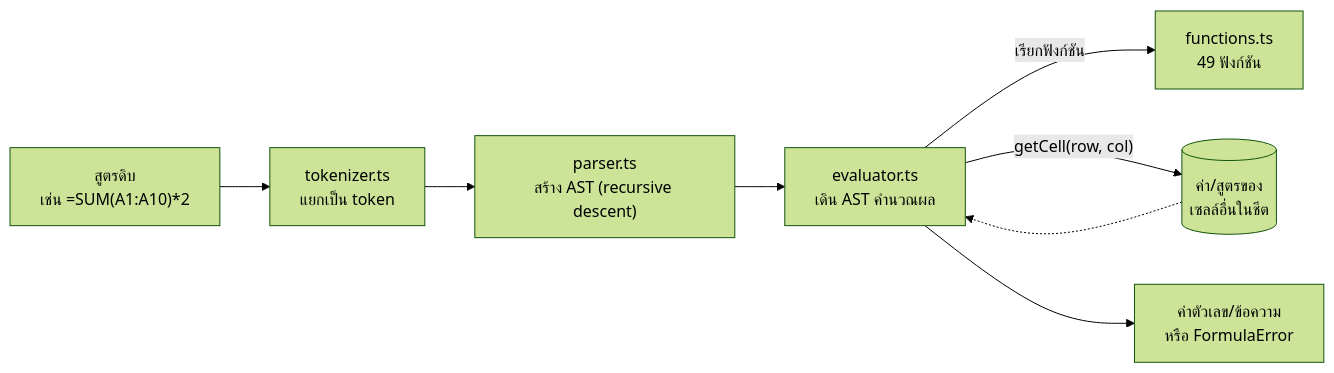
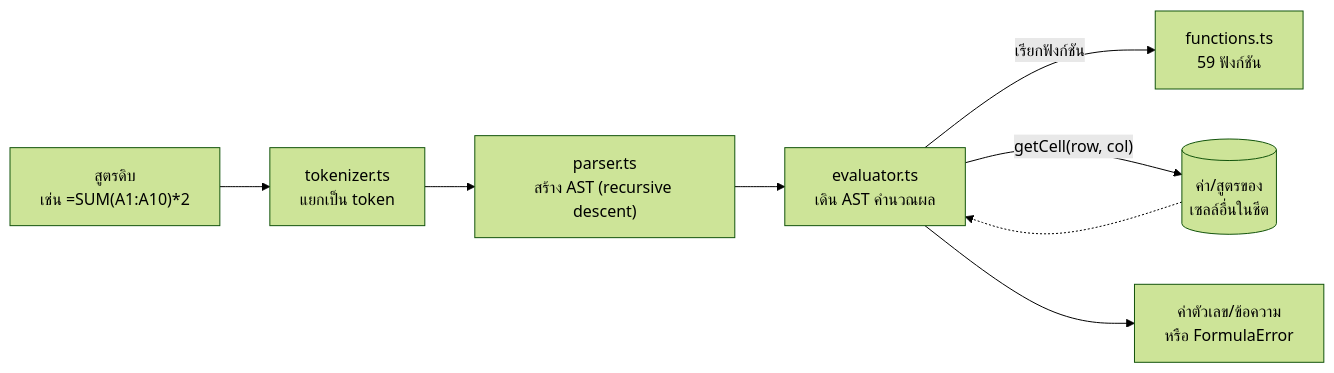
The third of 4 diagrams in README.md (SuruchBoss/ExcelToGo), drawn with Mermaid (forest theme) before and after one commit. The commit also changed other lines of this file and 9 other files, not shown here.

````diff
--- a/README.md
+++ b/README.md
@@ -1226,10 +1244,10 @@
 ```mermaid
 flowchart LR
     Raw["สูตรดิบ<br/>เช่น =SUM(A1:A10)*2"] --> Tok["tokenizer.ts<br/>แยกเป็น token"]
     Tok --> Par["parser.ts<br/>สร้าง AST (recursive descent)"]
     Par --> Eval["evaluator.ts<br/>เดิน AST คำนวณผล"]
-    Eval -->|"เรียกฟังก์ชัน"| Fn["functions.ts<br/>49 ฟังก์ชัน"]
+    Eval -->|"เรียกฟังก์ชัน"| Fn["functions.ts<br/>59 ฟังก์ชัน"]
     Eval -->|"getCell(row, col)"| Sheet[("ค่า/สูตรของ<br/>เซลล์อื่นในชีต")]
     Sheet -.-> Eval
     Eval --> Result["ค่าตัวเลข/ข้อความ<br/>หรือ FormulaError"]
 ```
````
